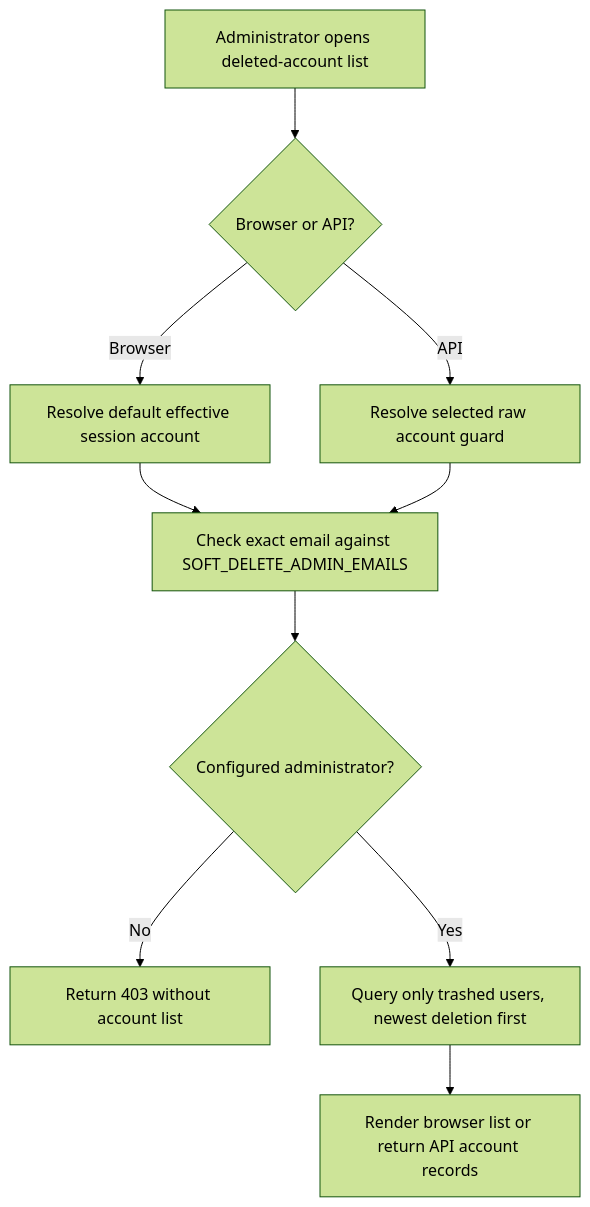
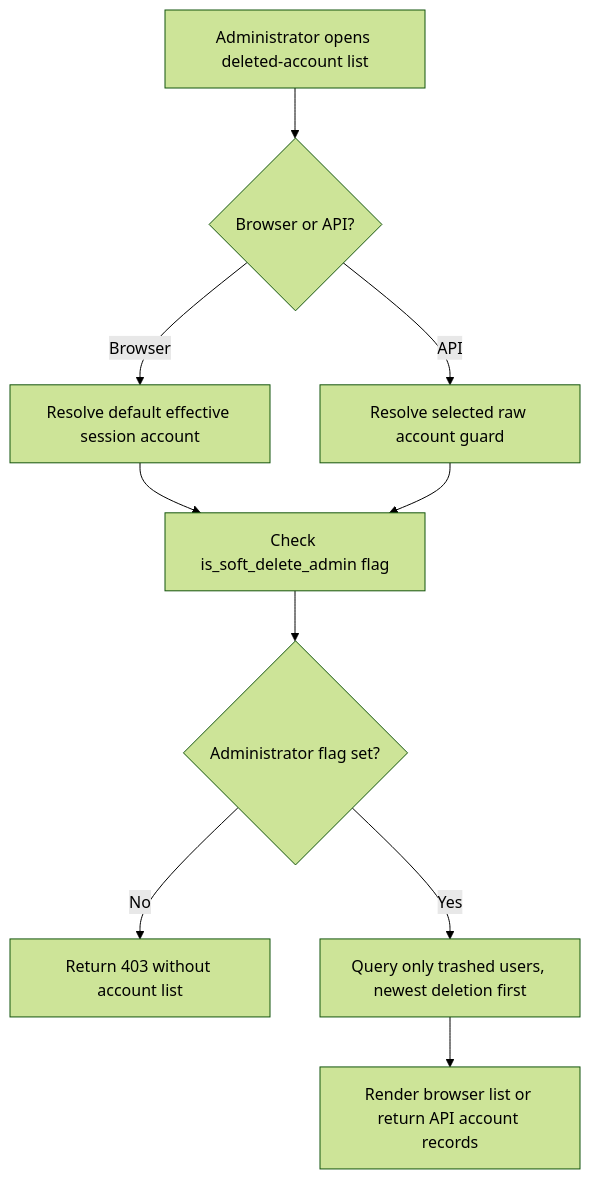
One commit to Kevinjohn/oss-adonisjs-starter-examples changed the first of 2 diagrams in user-stories/soft-delete/us-delete-02-list-deleted-accounts.md. Above: the diagram before and after it, drawn with Mermaid (forest theme). The commit also changed other lines of this file and 107 other files, not shown here.

Commit message:
Refresh starter examples for Soft Delete 0.2.0

````diff
--- a/user-stories/soft-delete/us-delete-02-list-deleted-accounts.md
+++ b/user-stories/soft-delete/us-delete-02-list-deleted-accounts.md
@@ -21,12 +21,12 @@
 ```mermaid
 flowchart TD
     A["Administrator opens deleted-account list"] --> B{"Browser or API?"}
     B -->|Browser| C["Resolve default effective session account"]
     B -->|API| D["Resolve selected raw account guard"]
-    C --> E["Check exact email against SOFT_DELETE_ADMIN_EMAILS"]
+    C --> E["Check is_soft_delete_admin flag"]
     D --> E
-    E --> F{"Configured administrator?"}
+    E --> F{"Administrator flag set?"}
     F -->|No| G["Return 403 without account list"]
     F -->|Yes| H["Query only trashed users, newest deletion first"]
     H --> I["Render browser list or return API account records"]
 ```
````
